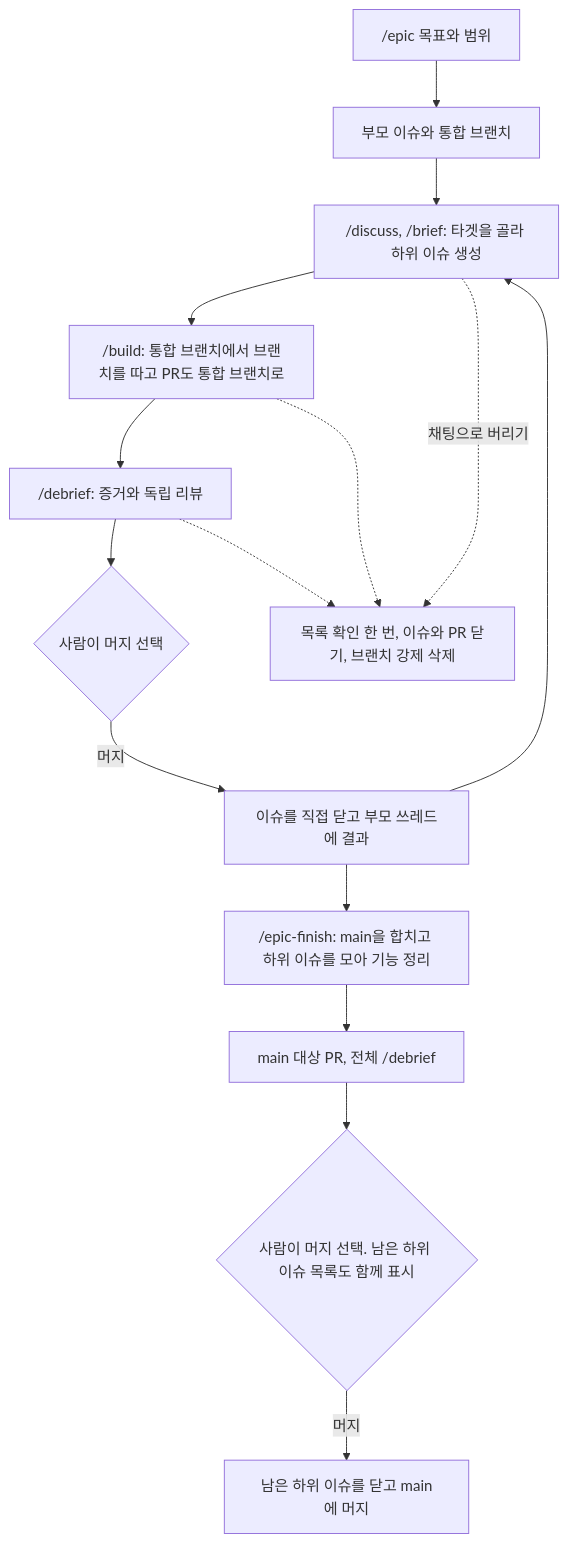
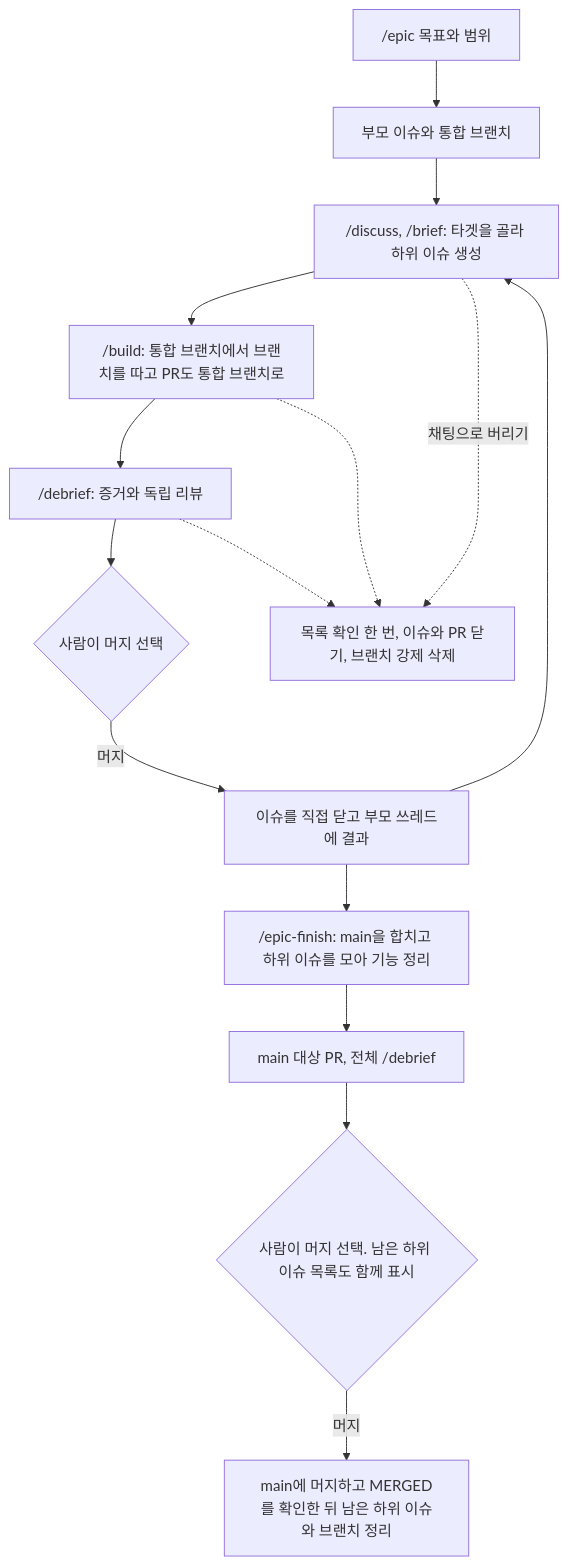
The eighth of 10 diagrams in docs/system/flows.md (dincal/agent_logbook), drawn with Mermaid before and after one commit. The commit also changed other lines of this file and 12 other files, not shown here.

First line of the commit message:
Fix review round 1 findings on the epic flow

````diff
--- a/docs/system/flows.md
+++ b/docs/system/flows.md
@@ -275,17 +275,17 @@
 ```mermaid
 flowchart TD
   A["/epic 목표와 범위"] --> B["부모 이슈와 통합 브랜치"]
   B --> C["/discuss, /brief: 타겟을 골라 하위 이슈 생성"]
   C --> D["/build: 통합 브랜치에서 브랜치를 따고 PR도 통합 브랜치로"]
   D --> E["/debrief: 증거와 독립 리뷰"]
   E --> F{"사람이 머지 선택"}
   F -->|"머지"| G["이슈를 직접 닫고 부모 쓰레드에 결과"]
   G --> C
   G --> H["/epic-finish: main을 합치고 하위 이슈를 모아 기능 정리"]
   H --> I["main 대상 PR, 전체 /debrief"]
   I --> J{"사람이 머지 선택. 남은 하위 이슈 목록도 함께 표시"}
-  J -->|"머지"| K["남은 하위 이슈를 닫고 main에 머지"]
+  J -->|"머지"| K["main에 머지하고 MERGED를 확인한 뒤 남은 하위 이슈와 브랜치 정리"]
   C -.->|"채팅으로 버리기"| X["목록 확인 한 번, 이슈와 PR 닫기, 브랜치 강제 삭제"]
   D -.-> X
   E -.-> X
 ```
````
